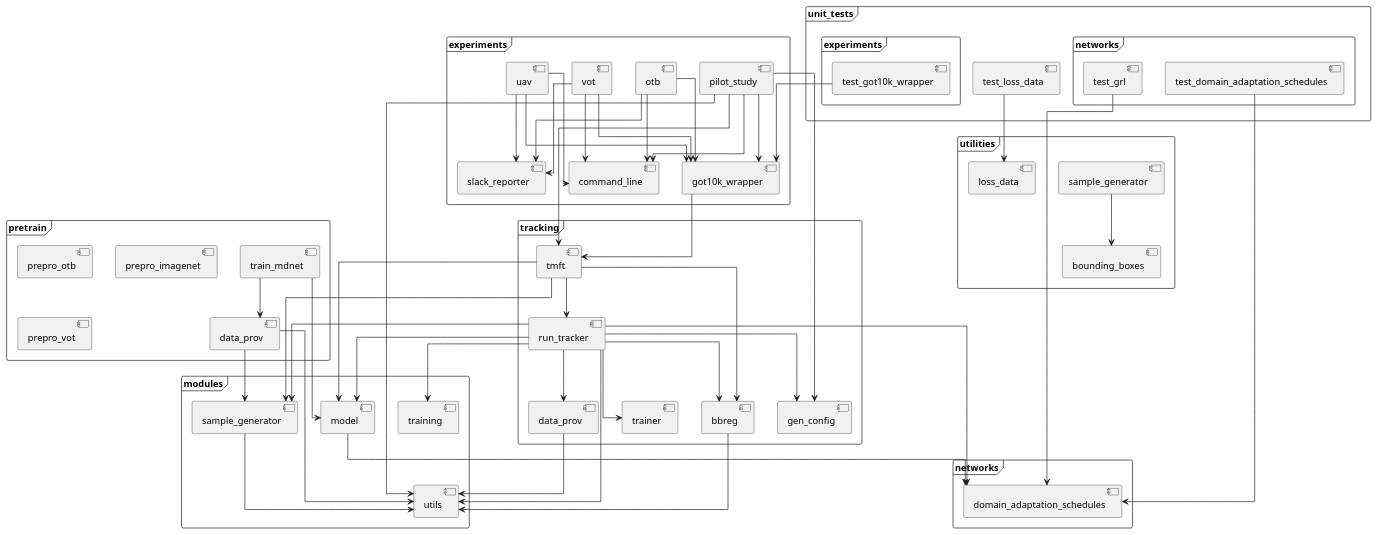
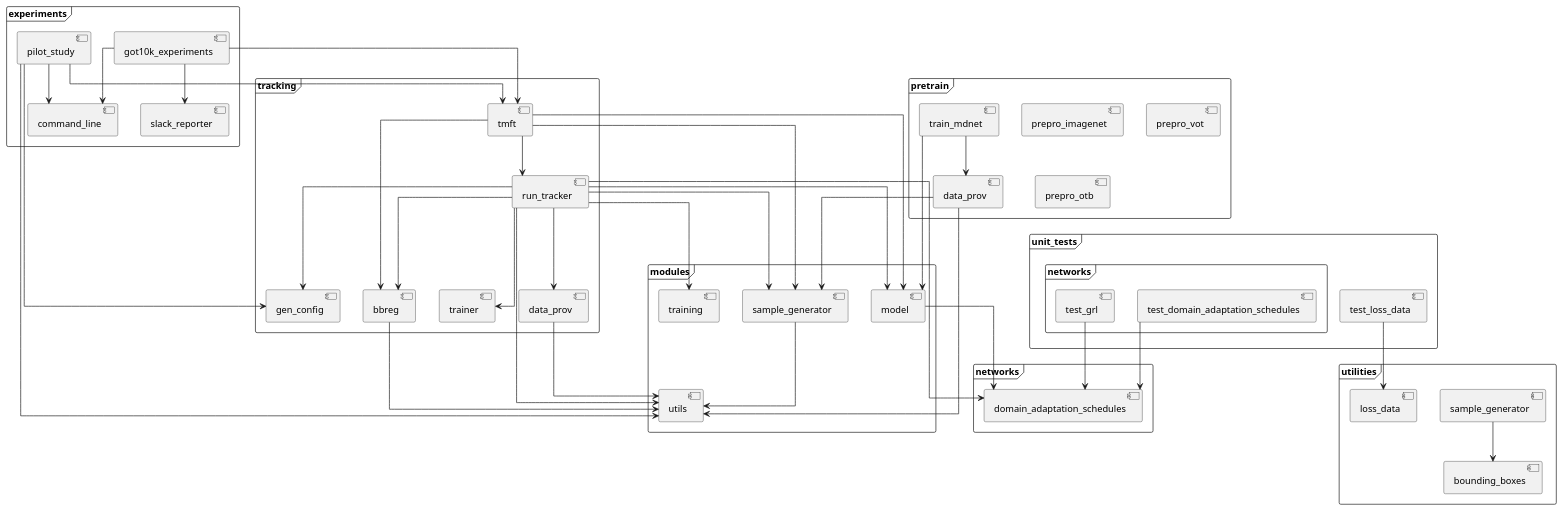
The diagram in docs/source/dependencies.puml (brobeson/tmft), drawn with PlantUML before and after one commit. The commit also changed 8 other files, not shown here.

First line of the commit message:
Consolidate the GOT-10k experiments

```diff
--- a/docs/source/dependencies.puml
+++ b/docs/source/dependencies.puml
@@ -1,140 +1,117 @@
 @startuml
 skinparam linetype ortho
+frame networks as networks {
+[domain_adaptation_schedules] as networks.domain_adaptation_schedules
+}
+frame pretrain as pretrain {
+[prepro_imagenet] as pretrain.prepro_imagenet
+}
+frame pretrain as pretrain {
+[train_mdnet] as pretrain.train_mdnet
+}
+frame pretrain as pretrain {
+[data_prov] as pretrain.data_prov
+}
+frame pretrain as pretrain {
+[prepro_vot] as pretrain.prepro_vot
+}
+frame pretrain as pretrain {
+[prepro_otb] as pretrain.prepro_otb
+}
+frame experiments as experiments {
+[slack_reporter] as experiments.slack_reporter
+}
+frame experiments as experiments {
+[command_line] as experiments.command_line
+}
+frame experiments as experiments {
+[pilot_study] as experiments.pilot_study
+}
+frame experiments as experiments {
+[got10k_experiments] as experiments.got10k_experiments
+}
+frame unit_tests as unit_tests {
+[test_loss_data] as unit_tests.test_loss_data
+}
+frame unit_tests as unit_tests {
+frame networks as unit_tests.networks {
+[test_domain_adaptation_schedules] as unit_tests.networks.test_domain_adaptation_schedules
+}
+}
+frame unit_tests as unit_tests {
+frame networks as unit_tests.networks {
+[test_grl] as unit_tests.networks.test_grl
+}
+}
+frame tracking as tracking {
+[run_tracker] as tracking.run_tracker
+}
+frame tracking as tracking {
+[tmft] as tracking.tmft
+}
+frame tracking as tracking {
+[bbreg] as tracking.bbreg
+}
+frame tracking as tracking {
+[data_prov] as tracking.data_prov
+}
+frame tracking as tracking {
+[trainer] as tracking.trainer
+}
+frame tracking as tracking {
+[gen_config] as tracking.gen_config
+}
 frame utilities as utilities {
 [bounding_boxes] as utilities.bounding_boxes
 }
 frame utilities as utilities {
 [sample_generator] as utilities.sample_generator
 }
 frame utilities as utilities {
 [loss_data] as utilities.loss_data
 }
-frame pretrain as pretrain {
-[prepro_otb] as pretrain.prepro_otb
+frame modules as modules {
+[utils] as modules.utils
 }
-frame pretrain as pretrain {
-[train_mdnet] as pretrain.train_mdnet
-}
-frame pretrain as pretrain {
-[prepro_imagenet] as pretrain.prepro_imagenet
-}
-frame pretrain as pretrain {
-[prepro_vot] as pretrain.prepro_vot
-}
-frame pretrain as pretrain {
-[data_prov] as pretrain.data_prov
-}
-frame unit_tests as unit_tests {
-[test_loss_data] as unit_tests.test_loss_data
-}
-frame unit_tests as unit_tests {
-frame experiments as unit_tests.experiments {
-[test_got10k_wrapper] as unit_tests.experiments.test_got10k_wrapper
-}
-}
-frame unit_tests as unit_tests {
-frame networks as unit_tests.networks {
-[test_grl] as unit_tests.networks.test_grl
-}
-}
-frame unit_tests as unit_tests {
-frame networks as unit_tests.networks {
-[test_domain_adaptation_schedules] as unit_tests.networks.test_domain_adaptation_schedules
-}
-}
-frame tracking as tracking {
-[trainer] as tracking.trainer
-}
-frame tracking as tracking {
-[run_tracker] as tracking.run_tracker
-}
-frame tracking as tracking {
-[gen_config] as tracking.gen_config
-}
-frame tracking as tracking {
-[tmft] as tracking.tmft
-}
-frame tracking as tracking {
-[data_prov] as tracking.data_prov
-}
-frame tracking as tracking {
-[bbreg] as tracking.bbreg
+frame modules as modules {
+[model] as modules.model
 }
 frame modules as modules {
 [sample_generator] as modules.sample_generator
 }
 frame modules as modules {
 [training] as modules.training
 }
-frame modules as modules {
-[utils] as modules.utils
-}
-frame modules as modules {
-[model] as modules.model
-}
-frame experiments as experiments {
-[uav] as experiments.uav
-}
-frame experiments as experiments {
-[otb] as experiments.otb
-}
-frame experiments as experiments {
-[command_line] as experiments.command_line
-}
-frame experiments as experiments {
-[vot] as experiments.vot
-}
-frame experiments as experiments {
-[got10k_wrapper] as experiments.got10k_wrapper
-}
-frame experiments as experiments {
-[pilot_study] as experiments.pilot_study
-}
-frame experiments as experiments {
-[slack_reporter] as experiments.slack_reporter
-}
-frame networks as networks {
-[domain_adaptation_schedules] as networks.domain_adaptation_schedules
-}
-[utilities.sample_generator] --> [utilities.bounding_boxes]
 [pretrain.train_mdnet] --> [pretrain.data_prov]
 [pretrain.train_mdnet] --> [modules.model]
 [pretrain.data_prov] --> [modules.utils]
 [pretrain.data_prov] --> [modules.sample_generator]
+[experiments.pilot_study] --> [modules.utils]
+[experiments.pilot_study] --> [experiments.command_line]
+[experiments.pilot_study] --> [tracking.gen_config]
+[experiments.pilot_study] --> [tracking.tmft]
+[experiments.got10k_experiments] --> [experiments.slack_reporter]
+[experiments.got10k_experiments] --> [experiments.command_line]
+[experiments.got10k_experiments] --> [tracking.tmft]
 [unit_tests.test_loss_data] --> [utilities.loss_data]
-[unit_tests.experiments.test_got10k_wrapper] --> [experiments.got10k_wrapper]
+[unit_tests.networks.test_domain_adaptation_schedules] --> [networks.domain_adaptation_schedules]
 [unit_tests.networks.test_grl] --> [networks.domain_adaptation_schedules]
-[unit_tests.networks.test_domain_adaptation_schedules] --> [networks.domain_adaptation_schedules]
-[tracking.run_tracker] --> [modules.model]
 [tracking.run_tracker] --> [tracking.gen_config]
-[tracking.run_tracker] --> [modules.utils]
 [tracking.run_tracker] --> [modules.training]
 [tracking.run_tracker] --> [modules.sample_generator]
 [tracking.run_tracker] --> [tracking.bbreg]
+[tracking.run_tracker] --> [networks.domain_adaptation_schedules]
+[tracking.run_tracker] --> [tracking.data_prov]
+[tracking.run_tracker] --> [modules.utils]
+[tracking.run_tracker] --> [modules.model]
 [tracking.run_tracker] --> [tracking.trainer]
-[tracking.run_tracker] --> [tracking.data_prov]
-[tracking.run_tracker] --> [networks.domain_adaptation_schedules]
+[tracking.tmft] --> [tracking.run_tracker]
 [tracking.tmft] --> [tracking.bbreg]
-[tracking.tmft] --> [tracking.run_tracker]
+[tracking.tmft] --> [modules.model]
 [tracking.tmft] --> [modules.sample_generator]
-[tracking.tmft] --> [modules.model]
+[tracking.bbreg] --> [modules.utils]
 [tracking.data_prov] --> [modules.utils]
-[tracking.bbreg] --> [modules.utils]
+[utilities.sample_generator] --> [utilities.bounding_boxes]
+[modules.model] --> [networks.domain_adaptation_schedules]
 [modules.sample_generator] --> [modules.utils]
-[modules.model] --> [networks.domain_adaptation_schedules]
-[experiments.uav] --> [experiments.command_line]
-[experiments.uav] --> [experiments.slack_reporter]
-[experiments.uav] --> [experiments.got10k_wrapper]
-[experiments.otb] --> [experiments.command_line]
-[experiments.otb] --> [experiments.slack_reporter]
-[experiments.otb] --> [experiments.got10k_wrapper]
-[experiments.vot] --> [experiments.command_line]
-[experiments.vot] --> [experiments.slack_reporter]
-[experiments.vot] --> [experiments.got10k_wrapper]
-[experiments.got10k_wrapper] --> [tracking.tmft]
-[experiments.pilot_study] --> [tracking.tmft]
-[experiments.pilot_study] --> [modules.utils]
-[experiments.pilot_study] --> [experiments.command_line]
-[experiments.pilot_study] --> [tracking.gen_config]
-[experiments.pilot_study] --> [experiments.got10k_wrapper]
 @enduml
```
